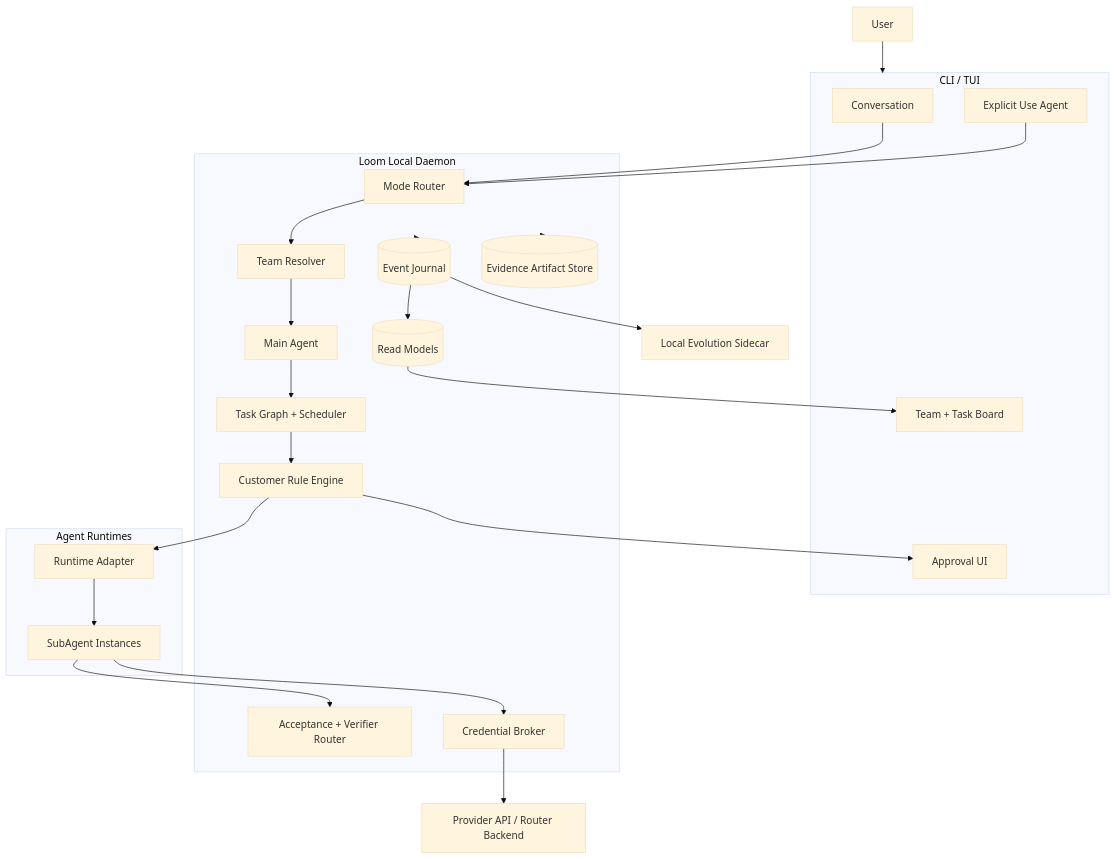
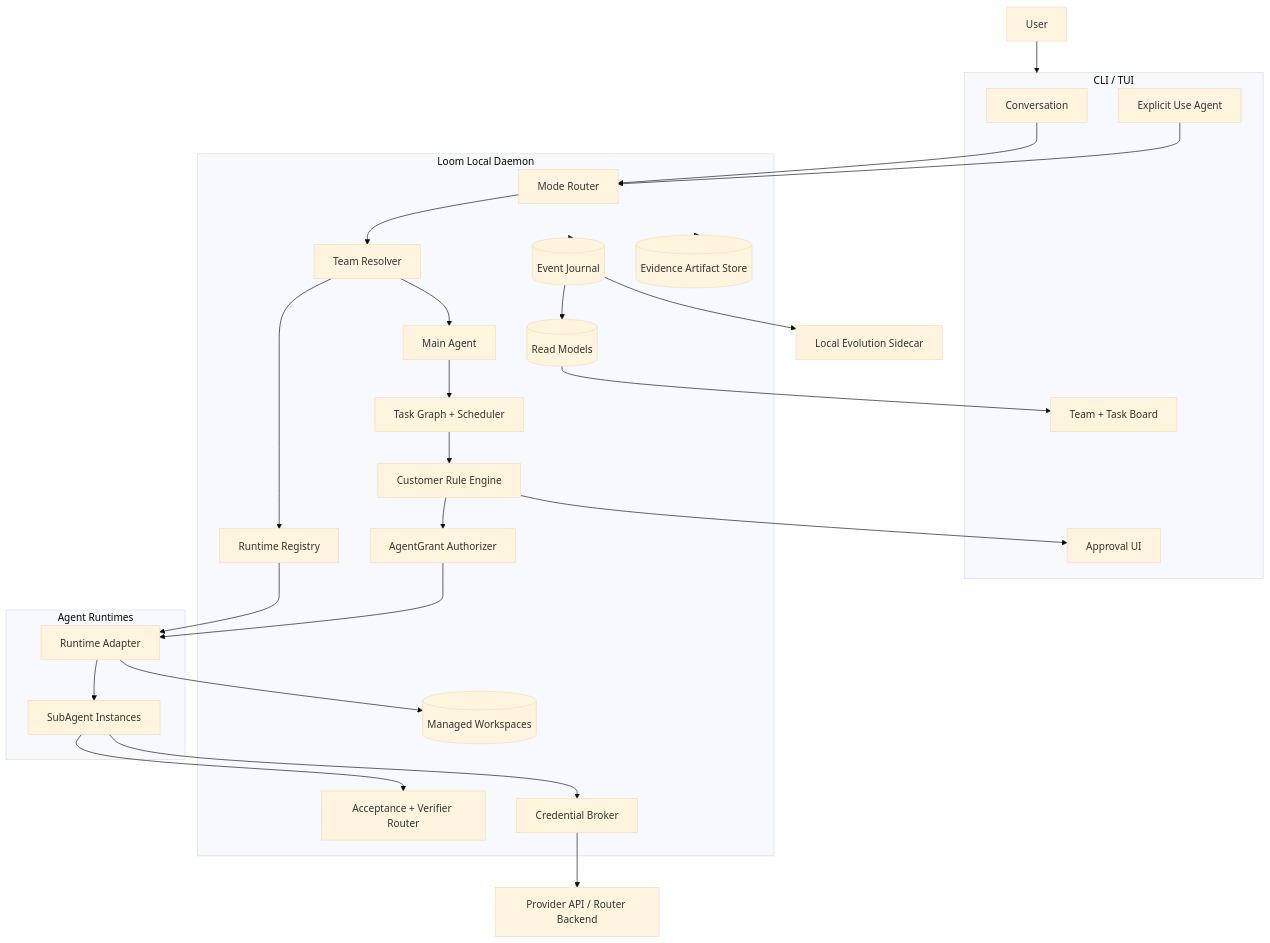
One commit to tttboy123/loom changed the diagram in TECH-PLAN.md. Above: the diagram before and after it, drawn with Mermaid (base theme). The commit also changed other lines of this file and 26 other files, not shown here.

````diff
--- a/TECH-PLAN.md
+++ b/TECH-PLAN.md
@@ -42,51 +48,58 @@
 ```mermaid
 flowchart TB
     User["User"]
 
     subgraph Client["CLI / TUI"]
         Chat["Conversation"]
         AgentAction["Explicit Use Agent"]
         Board["Team + Task Board"]
         ApprovalUI["Approval UI"]
     end
 
     subgraph Loom["Loom Local Daemon"]
         ModeRouter["Mode Router"]
         TeamResolver["Team Resolver"]
+        RuntimeRegistry["Runtime Registry"]
         MainAgent["Main Agent"]
         Scheduler["Task Graph + Scheduler"]
+        AgentGrant["AgentGrant Authorizer"]
         RuleEngine["Customer Rule Engine"]
         Verifier["Acceptance + Verifier Router"]
         Broker["Credential Broker"]
         Journal[("Event Journal")]
         Artifacts[("Evidence Artifact Store")]
+        Workspaces[("Managed Workspaces")]
         Projection[("Read Models")]
     end
 
     subgraph Runtime["Agent Runtimes"]
         Adapter["Runtime Adapter"]
         Workers["SubAgent Instances"]
     end
 
     Provider["Provider API / Router Backend"]
     Sidecar["Local Evolution Sidecar"]
 
     User --> Client
     Chat --> ModeRouter
     AgentAction --> ModeRouter
     ModeRouter --> TeamResolver
+    TeamResolver --> RuntimeRegistry
     TeamResolver --> MainAgent
     MainAgent --> Scheduler
     Scheduler --> RuleEngine
-    RuleEngine --> Adapter
+    RuleEngine --> AgentGrant
+    AgentGrant --> Adapter
+    RuntimeRegistry --> Adapter
     Adapter --> Workers
+    Adapter --> Workspaces
     Workers --> Verifier
     Broker --> Provider
     Workers --> Broker
     Loom --> Journal
     Loom --> Artifacts
     Journal --> Projection
     Projection --> Board
     RuleEngine --> ApprovalUI
     Journal --> Sidecar
 ```
````
